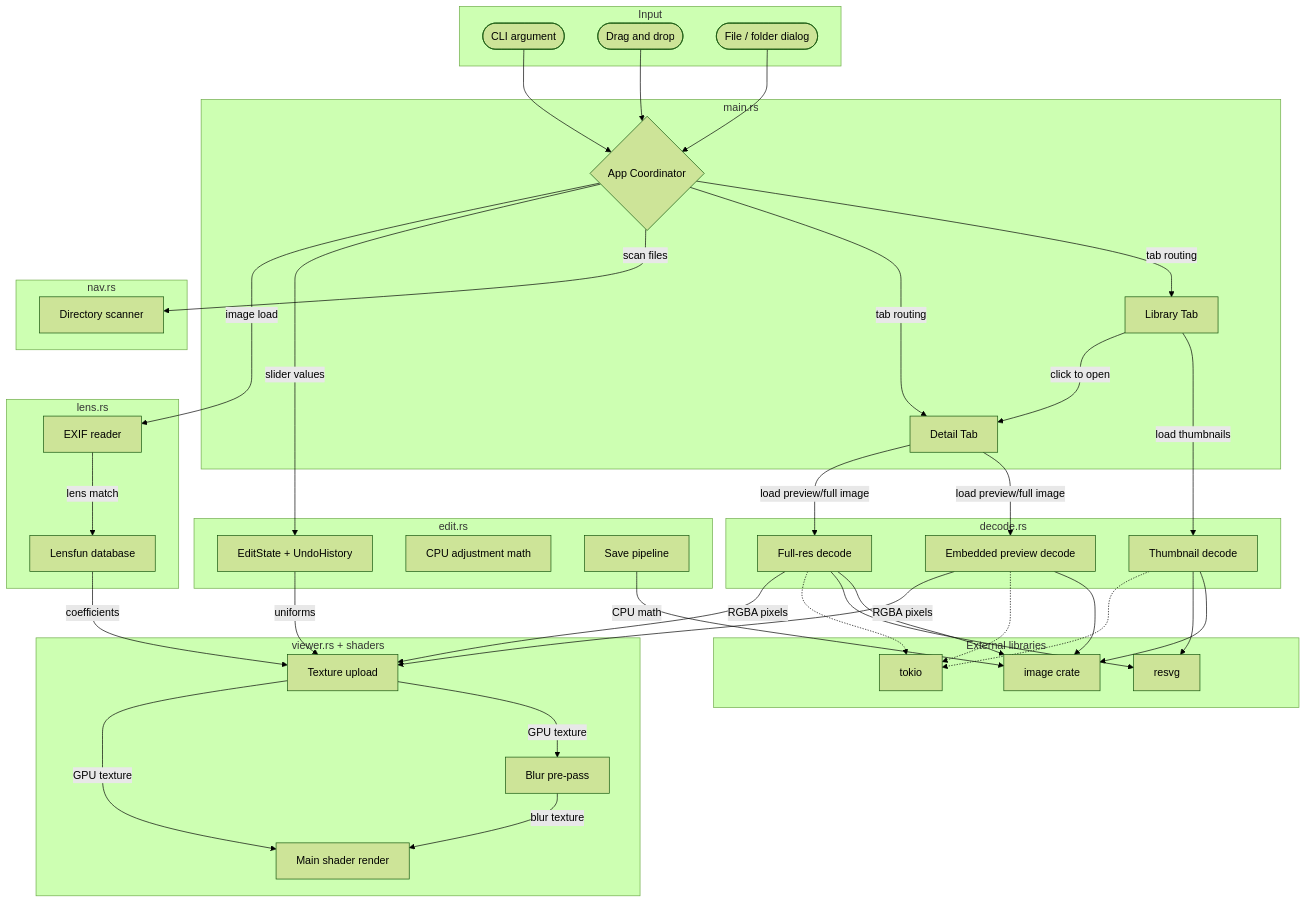
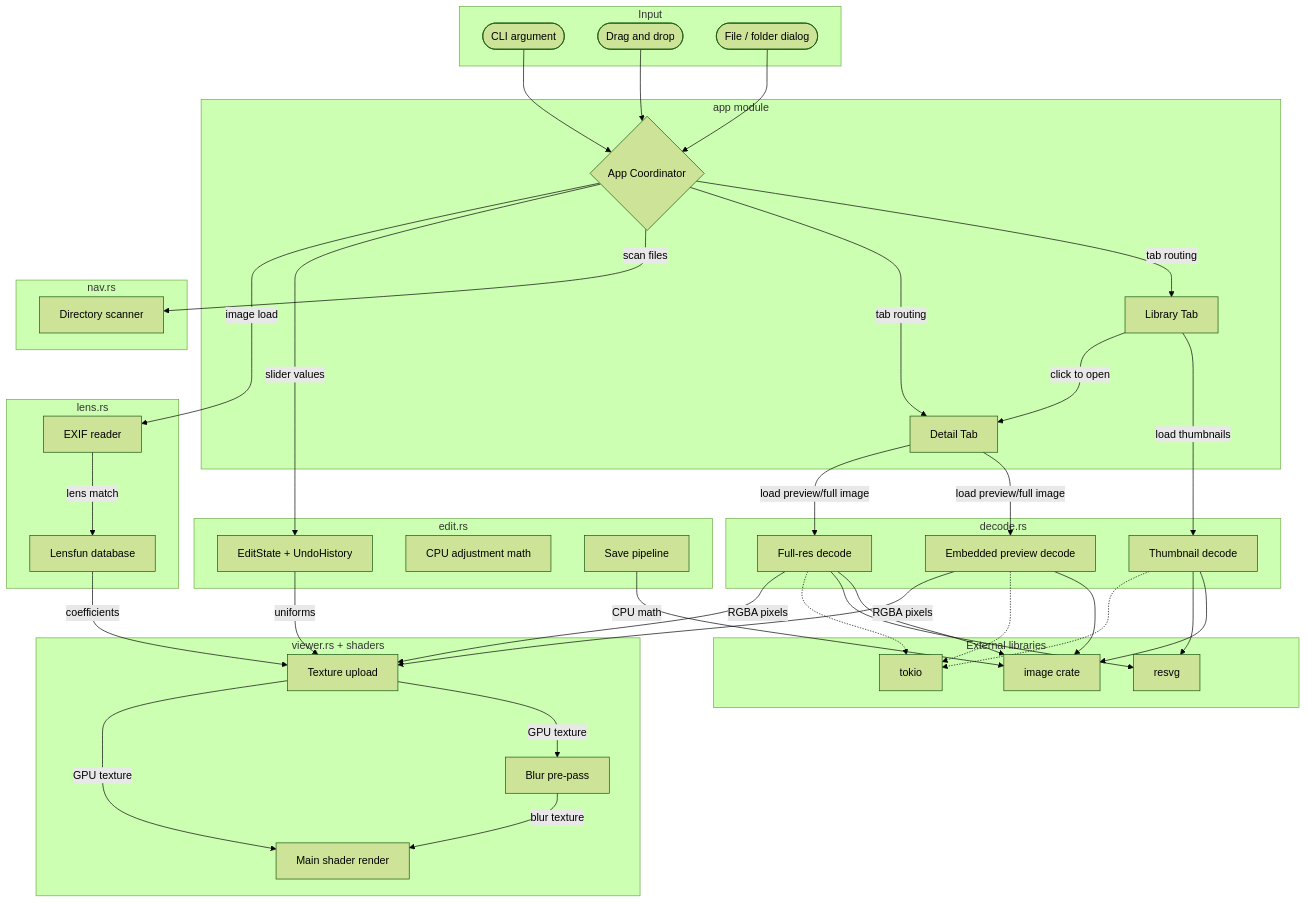
The diagram in docs/architecture/ARCHITECTURE.md (yanfengliu/photo), drawn with Mermaid (forest theme) before and after one commit. The commit also changed other lines of this file and 18 other files, not shown here.

````diff
--- a/docs/architecture/ARCHITECTURE.md
+++ b/docs/architecture/ARCHITECTURE.md
@@ -98,77 +110,77 @@
 ```mermaid
 flowchart TD
     subgraph Input
         CLI([CLI argument])
         Drop([Drag and drop])
         Picker([File / folder dialog])
     end
 
-    subgraph UI[main.rs]
+    subgraph UI[app module]
         App{App Coordinator}
         Library[Library Tab]
         Detail[Detail Tab]
     end
 
     subgraph Decode[decode.rs]
         Full[Full-res decode]
         Preview[Embedded preview decode]
         Thumb[Thumbnail decode]
     end
 
     subgraph Nav[nav.rs]
         DirNav[Directory scanner]
     end
 
     subgraph Edit[edit.rs]
         EditState[EditState + UndoHistory]
         CPUMath[CPU adjustment math]
         Save[Save pipeline]
     end
 
     subgraph Lens[lens.rs]
         LensDB[Lensfun database]
         EXIF[EXIF reader]
     end
 
     subgraph GPU[viewer.rs + shaders]
         Prepare[Texture upload]
         Blur[Blur pre-pass]
         Render[Main shader render]
     end
 
     subgraph Ext[External libraries]
         ImageCrate[image crate]
         Resvg[resvg]
         Tokio[tokio]
     end
 
     CLI --> App
     Drop --> App
     Picker --> App
     App -->|tab routing| Library
     App -->|tab routing| Detail
     App -->|scan files| DirNav
     Library -->|load thumbnails| Thumb
     Detail -->|load preview/full image| Preview
     Detail -->|load preview/full image| Full
     Library -->|click to open| Detail
     Thumb --> ImageCrate
     Thumb --> Resvg
     Preview --> ImageCrate
     Full --> ImageCrate
     Full --> Resvg
     Thumb -.-> Tokio
     Preview -.-> Tokio
     Full -.-> Tokio
     App -->|slider values| EditState
     EditState -->|uniforms| Prepare
     App -->|image load| EXIF
     EXIF -->|lens match| LensDB
     LensDB -->|coefficients| Prepare
     Preview -->|RGBA pixels| Prepare
     Full -->|RGBA pixels| Prepare
     Prepare -->|GPU texture| Blur
     Blur -->|blur texture| Render
     Prepare -->|GPU texture| Render
     Save -->|CPU math| ImageCrate
 ```
````
